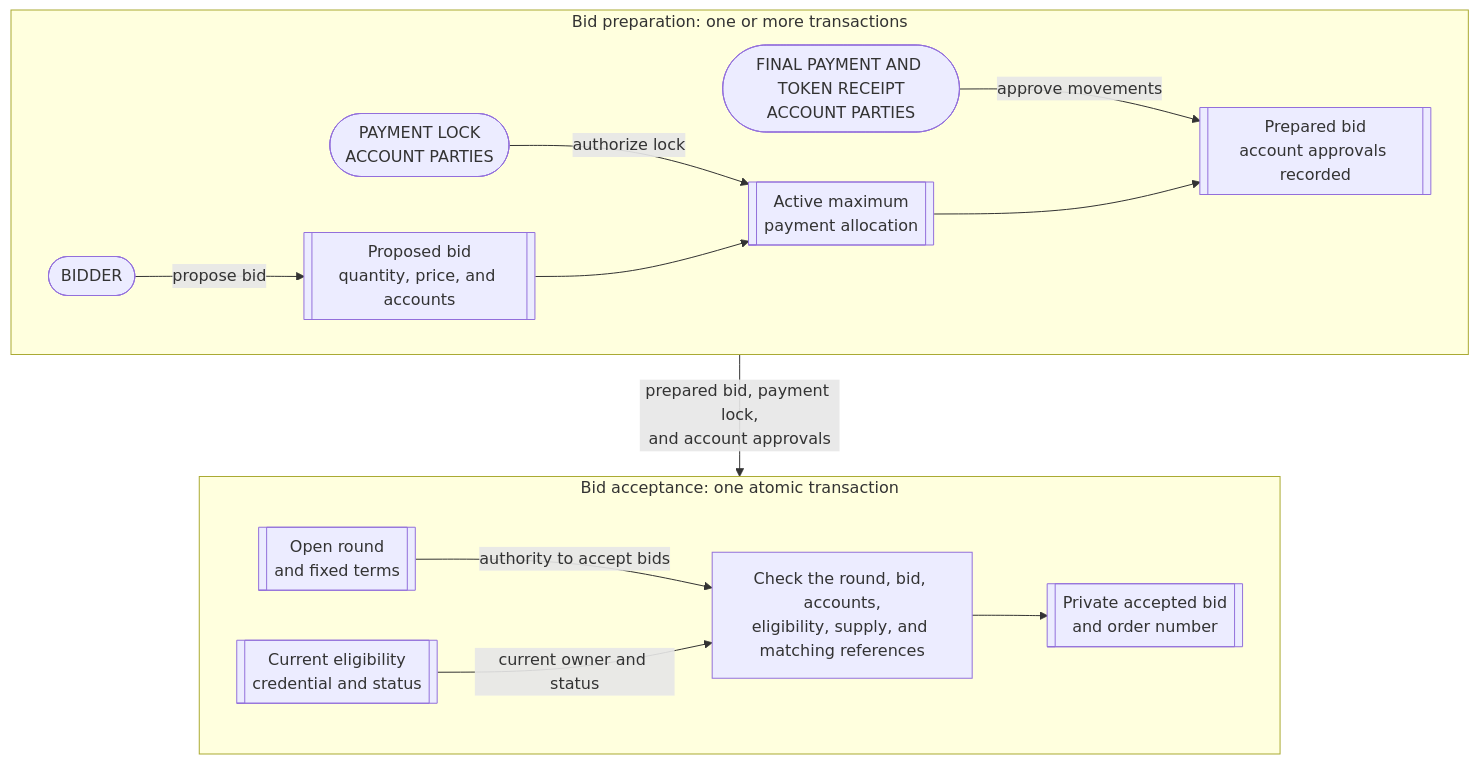
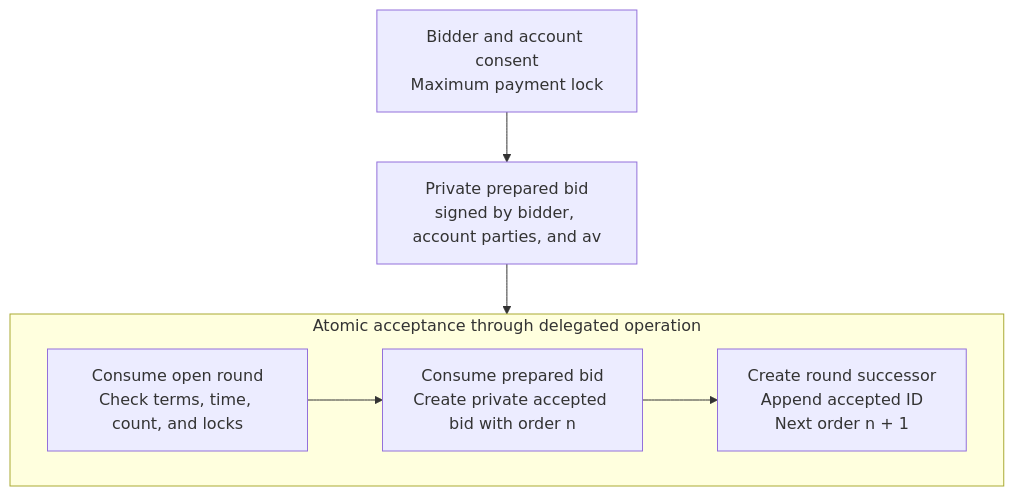
Before and after one commit to OpenZeppelin/canton-specs: the third of 5 diagrams in docs/reference-architectures/confidential-auction.md, drawn with Mermaid. The commit also changed other lines of this file, not shown here.

First line of the commit message:
[Confidential Auction] Deeper flow descriptions and technical corrections (#200)

````diff
--- a/docs/reference-architectures/confidential-auction.md
+++ b/docs/reference-architectures/confidential-auction.md
@@ -442,32 +568,12 @@
 ```mermaid
 flowchart TB
-    subgraph Preparation["Bid preparation: one or more transactions"]
-        direction LR
-        Bidder([BIDDER])
-        LockParties([PAYMENT LOCK<br/>ACCOUNT PARTIES])
-        SettlementParties([FINAL PAYMENT AND TOKEN RECEIPT<br/>ACCOUNT PARTIES])
-        Proposal[["Proposed bid<br/>quantity, price, and accounts"]]
-        Payment[["Active maximum<br/>payment allocation"]]
-        Ready[["Prepared bid<br/>account approvals recorded"]]
-
-        Bidder -->|"propose bid"| Proposal
-        LockParties -->|"authorize lock"| Payment
-        SettlementParties -->|"approve movements"| Ready
-        Proposal --> Payment
-        Payment --> Ready
+    Prepare["Bidder and account consent<br/>Maximum payment lock"]
+    Ready["Private prepared bid<br/>signed by bidder, account parties, and av"]
+    subgraph Accept["Atomic acceptance through delegated operation"]
+        Round["Consume open round<br/>Check terms, time, count, and locks"]
+        Bid["Consume prepared bid<br/>Create private accepted bid with order n"]
+        Next["Create round successor<br/>Append accepted ID<br/>Next order n + 1"]
+        Round --> Bid --> Next
     end
-
-    subgraph Acceptance["Bid acceptance: one atomic transaction"]
-        direction LR
-        Round[["Open round<br/>and fixed terms"]]
-        Credential[["Current eligibility<br/>credential and status"]]
-        Check["Check the round, bid, accounts,<br/>eligibility, supply, and matching references"]
-        Accepted[["Private accepted bid<br/>and order number"]]
-
-        Round -->|"authority to accept bids"| Check
-        Credential -->|"current owner and status"| Check
-        Check --> Accepted
-    end
-
-    Preparation -->|"prepared bid, payment lock,<br/>and account approvals"| Acceptance
+    Prepare --> Ready --> Accept
 ```
````
